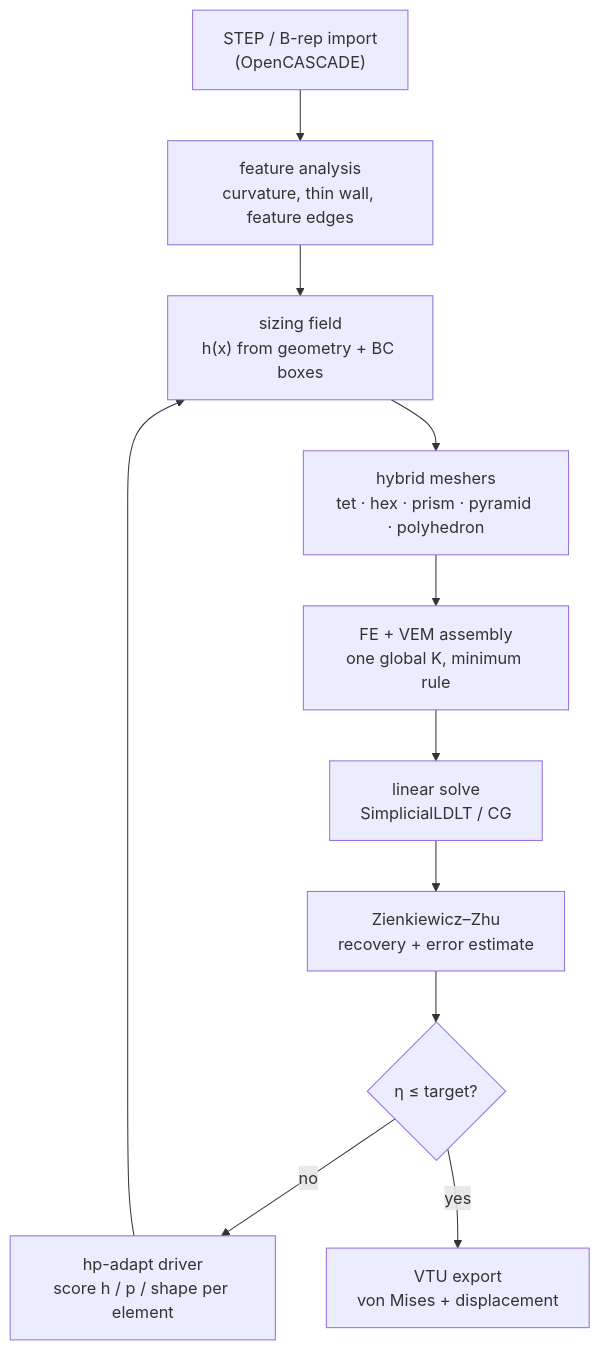
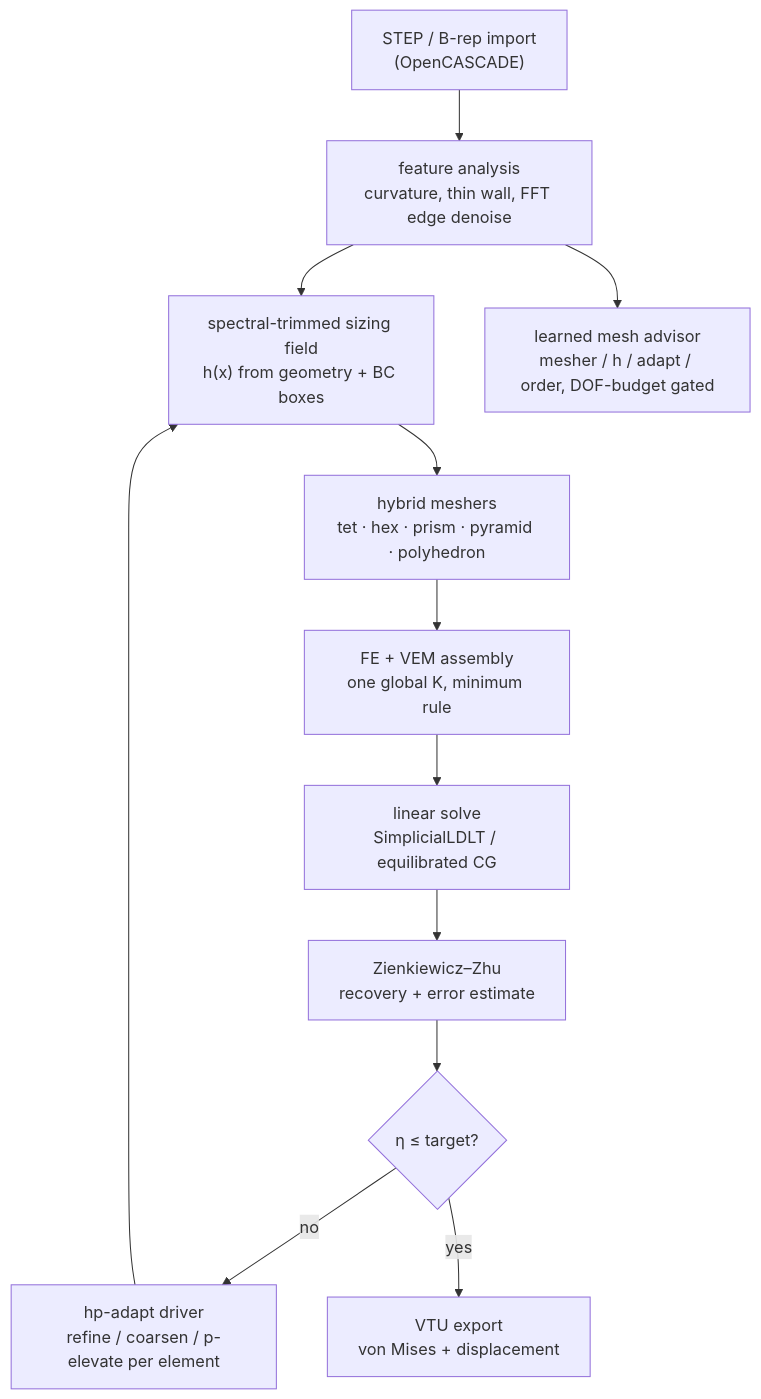
Before and after one commit to Hunter-124/Polyhedral-FEA: the diagram in README.md, drawn with Mermaid. The commit also changed other lines of this file and 1 other file, not shown here.

````diff
--- a/README.md
+++ b/README.md
@@ -124,13 +124,14 @@
 ```mermaid
 flowchart TD
-    CAD["STEP / B-rep import<br/>(OpenCASCADE)"] --> FEAT["feature analysis<br/>curvature, thin wall, feature edges"]
-    FEAT --> SIZE["sizing field<br/>h(x) from geometry + BC boxes"]
+    CAD["STEP / B-rep import<br/>(OpenCASCADE)"] --> FEAT["feature analysis<br/>curvature, thin wall, FFT edge denoise"]
+    FEAT --> SIZE["spectral-trimmed sizing field<br/>h(x) from geometry + BC boxes"]
+    FEAT --> ADV["learned mesh advisor<br/>mesher / h / adapt / order, DOF-budget gated"]
     SIZE --> MESH["hybrid meshers<br/>tet · hex · prism · pyramid · polyhedron"]
     MESH --> ASM["FE + VEM assembly<br/>one global K, minimum rule"]
-    ASM --> SOLVE["linear solve<br/>SimplicialLDLT / CG"]
+    ASM --> SOLVE["linear solve<br/>SimplicialLDLT / equilibrated CG"]
     SOLVE --> ZZ["Zienkiewicz–Zhu<br/>recovery + error estimate"]
     ZZ --> ADAPT{"η ≤ target?"}
-    ADAPT -- "no" --> HP["hp-adapt driver<br/>score h / p / shape per element"]
+    ADAPT -- "no" --> HP["hp-adapt driver<br/>refine / coarsen / p-elevate per element"]
     HP --> SIZE
     ADAPT -- "yes" --> OUT["VTU export<br/>von Mises + displacement"]
 ```
````
